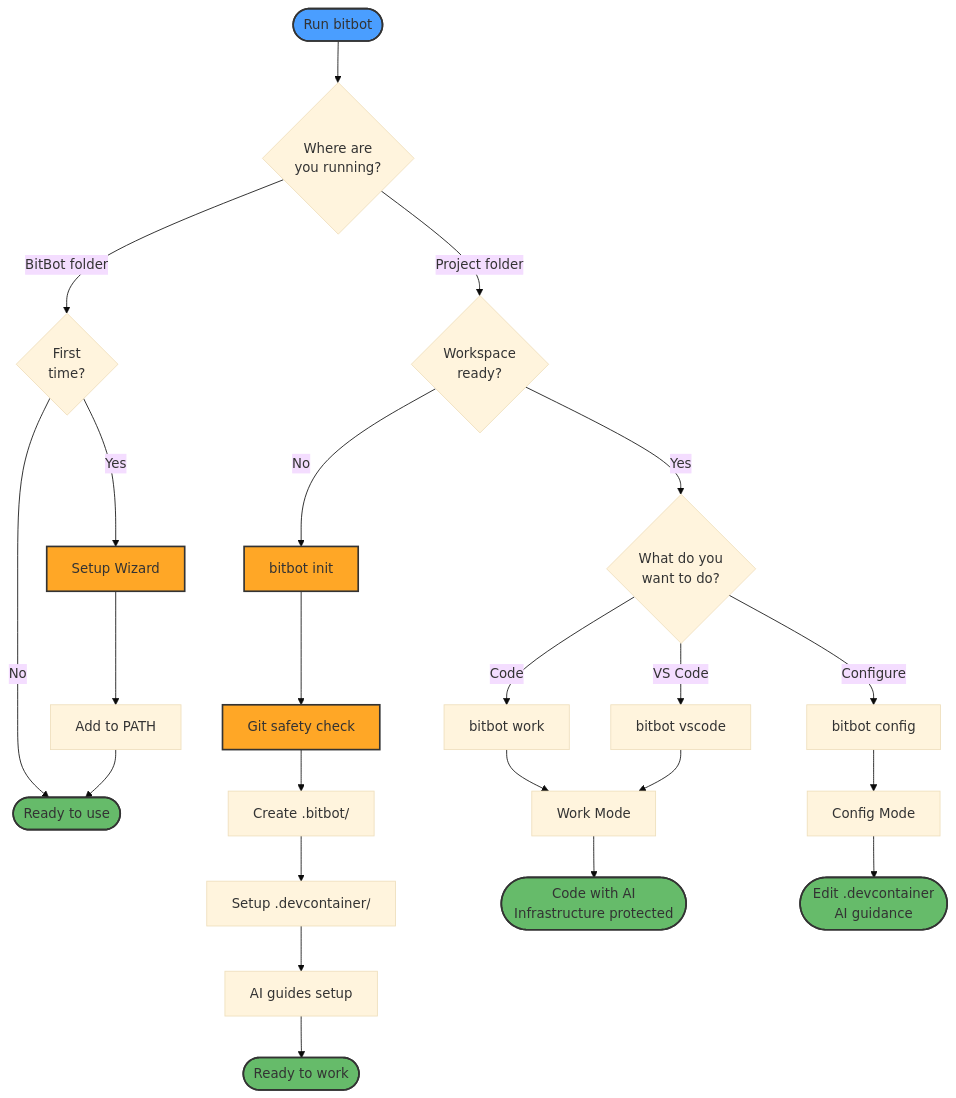
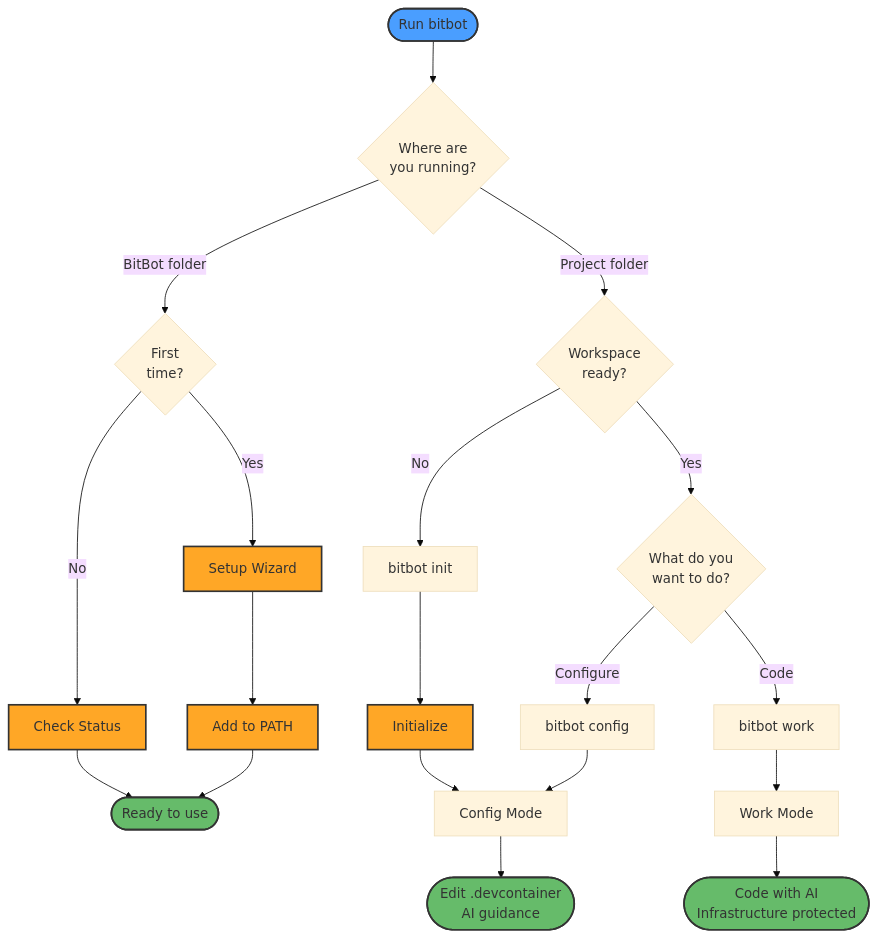
The diagram in README.md (ManuelKugelmann/BitBot), drawn with Mermaid (base theme) before and after one commit. The commit also changed other lines of this file and 6 other files, not shown here.

````diff
--- a/README.md
+++ b/README.md
@@ -261,41 +250,37 @@
 ```mermaid
 graph TB
     Start([Run bitbot]) --> Context{Where are<br/>you running?}
 
     Context -->|BitBot folder| FirstTime{First<br/>time?}
     FirstTime -->|Yes| Setup[Setup Wizard]
-    FirstTime -->|No| Ready([Ready to use])
+    FirstTime -->|No| Check[Check Status]
+    Check --> Ready([Ready to use])
     Setup --> AddPath[Add to PATH]
     AddPath --> Ready
 
     Context -->|Project folder| Initialized{Workspace<br/>ready?}
 
     Initialized -->|No| Init[bitbot init]
-    Init --> GitSafe[Git safety check]
-    GitSafe --> Structure[Create .bitbot/]
-    Structure --> Template[Setup .devcontainer/]
-    Template --> Guide[AI guides setup]
-    Guide --> WorkReady([Ready to work])
+    Init --> Initialize[Initialize]
+    Initialize --> ConfigEnv[Config Mode]
 
     Initialized -->|Yes| Mode{What do you<br/>want to do?}
+
+    Mode -->|Configure| Config[bitbot config]
+    Config --> ConfigEnv[Config Mode]
+    ConfigEnv --> Configure([Edit .devcontainer<br/>AI guidance])
 
     Mode -->|Code| Work[bitbot work]
     Work --> WorkEnv[Work Mode]
     WorkEnv --> Code([Code with AI<br/>Infrastructure protected])
 
-    Mode -->|Configure| Config[bitbot config]
-    Config --> ConfigEnv[Config Mode]
-    ConfigEnv --> Configure([Edit .devcontainer<br/>AI guidance])
-
-    Mode -->|VS Code| VSCode[bitbot vscode]
-    VSCode --> WorkEnv
-
     style Start fill:#4a9eff,stroke:#333,stroke-width:2px
     style Setup fill:#ffa726,stroke:#333,stroke-width:2px,color:#333
-    style Init fill:#ffa726,stroke:#333,stroke-width:2px,color:#333
-    style GitSafe fill:#ffa726,stroke:#333,stroke-width:2px,color:#333
+    style Initialize fill:#ffa726,stroke:#333,stroke-width:2px,color:#333
     style Code fill:#66bb6a,stroke:#333,stroke-width:2px,color:#333
     style Configure fill:#66bb6a,stroke:#333,stroke-width:2px,color:#333
     style Ready fill:#66bb6a,stroke:#333,stroke-width:2px,color:#333
-    style WorkReady fill:#66bb6a,stroke:#333,stroke-width:2px,color:#333
+    style AddPath fill:#ffa726,stroke:#333,stroke-width:2px,color:#333
+    style Check fill:#ffa726,stroke:#333,stroke-width:2px,color:#333
+
 ```
````
